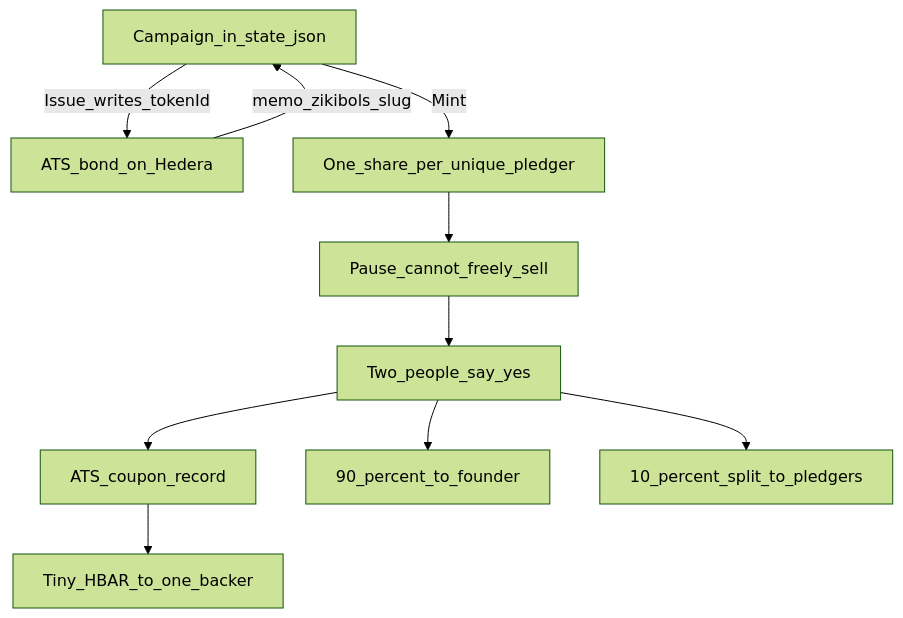
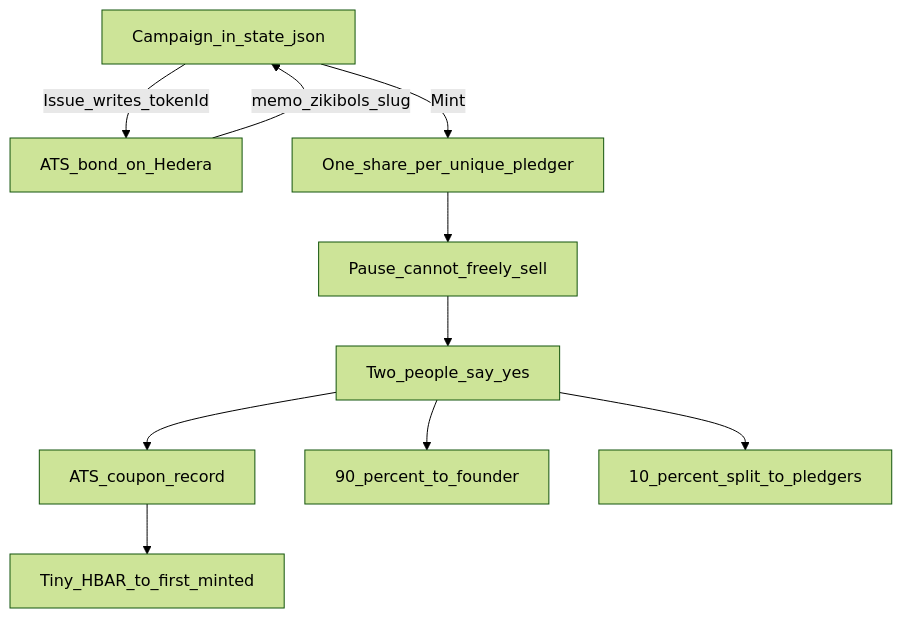
One commit to yabuking84/zikibols changed the fourth of 4 diagrams in docs/readme-flow.md. Above: the diagram before and after it, drawn with Mermaid (forest theme). The commit also changed other lines of this file and 4 other files, not shown here.

````diff
--- a/docs/readme-flow.md
+++ b/docs/readme-flow.md
@@ -96,12 +104,12 @@
 ```mermaid
 flowchart TD
   listing[Campaign_in_state_json] -->|Issue_writes_tokenId| bond[ATS_bond_on_Hedera]
   bond -->|memo_zikibols_slug| listing
   listing -->|Mint| share[One_share_per_unique_pledger]
   share --> pause[Pause_cannot_freely_sell]
   pause --> twoYes[Two_people_say_yes]
   twoYes --> couponRecord[ATS_coupon_record]
-  couponRecord --> crumb[Tiny_HBAR_to_one_backer]
+  couponRecord --> crumb[Tiny_HBAR_to_first_minted]
   twoYes --> founderPay[90_percent_to_founder]
   twoYes --> backerPay[10_percent_split_to_pledgers]
 ```
````
